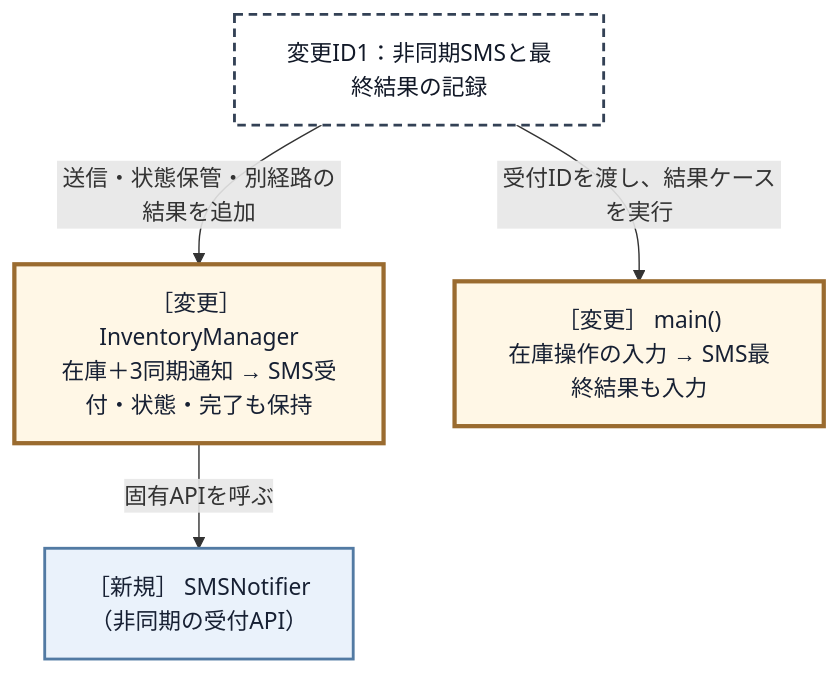
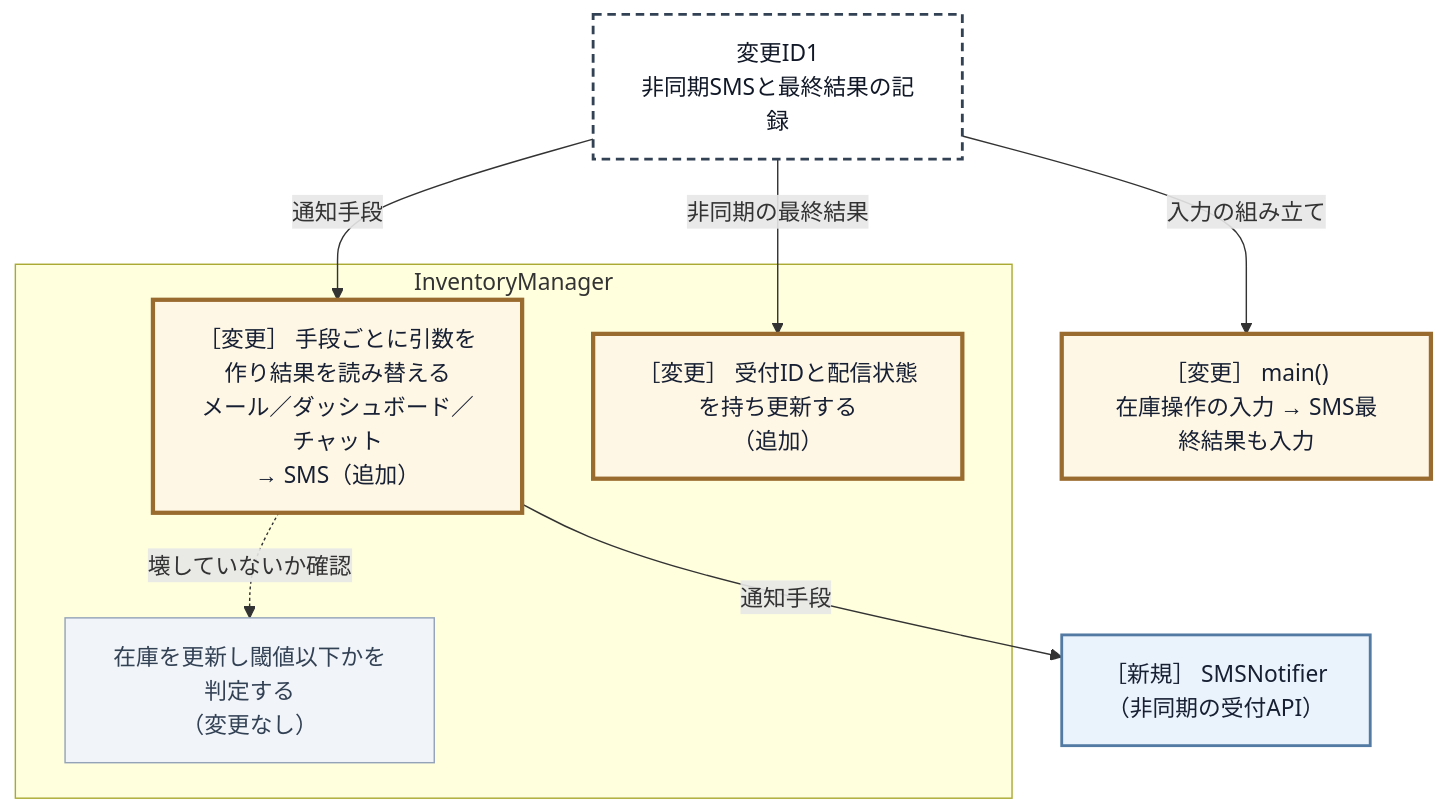
The seventh of 20 diagrams in kindle/design-patterns/books/volume01-core-patterns/output/05-chapter03.md (kumachan1101-pixel/DesignPattern), drawn with Mermaid before and after one commit. The commit also changed other lines of this file and 7 other files, not shown here.

````diff
--- a/kindle/design-patterns/books/volume01-core-patterns/output/05-chapter03.md
+++ b/kindle/design-patterns/books/volume01-core-patterns/output/05-chapter03.md
@@ -1293,12 +1307,24 @@
 ```mermaid
 graph TD
-    T1["変更ID1：非同期SMSと最終結果の記録"]:::req
-        -->|"送信・状態保管・別経路の結果を追加"| A["［変更］ InventoryManager<br>在庫＋3同期通知 → SMS受付・状態・完了も保持"]:::touched
-    A -->|"固有APIを呼ぶ"| B["［新規］ SMSNotifier<br>（非同期の受付API）"]:::added
-    T1 -->|"受付IDを渡し、結果ケースを実行"| C["［変更］ main()<br>在庫操作の入力 → SMS最終結果も入力"]:::touched
+    T1["変更ID1<br>非同期SMSと最終結果の記録"]:::req
+
+    subgraph IM["InventoryManager"]
+        I2["［変更］ 手段ごとに引数を作り結果を読み替える<br>メール／ダッシュボード／チャット<br>→ SMS（追加）"]:::touched
+        I3["［変更］ 受付IDと配信状態を持ち更新する<br>（追加）"]:::touched
+        I1["在庫を更新し閾値以下かを判定する<br>（変更なし）"]:::keep
+    end
+
+    B["［新規］ SMSNotifier<br>（非同期の受付API）"]:::added
+    M["［変更］ main()<br>在庫操作の入力 → SMS最終結果も入力"]:::touched
+
+    T1 -->|"通知手段"| I2
+    T1 -->|"非同期の最終結果"| I3
+    T1 -->|"入力の組み立て"| M
+    I2 -->|"通知手段"| B
+    I2 -.->|"壊していないか確認"| I1
 
     classDef req fill:#ffffff,stroke:#334155,stroke-width:2px,stroke-dasharray:6 4,color:#111827;
     classDef keep fill:#f1f5f9,stroke:#94a3b8,color:#334155;
     classDef added fill:#eaf2fb,stroke:#527aa3,stroke-width:2px,color:#172033;
     classDef touched fill:#fff7e6,stroke:#9a6b2f,stroke-width:3px,color:#172033;
 ```
````
